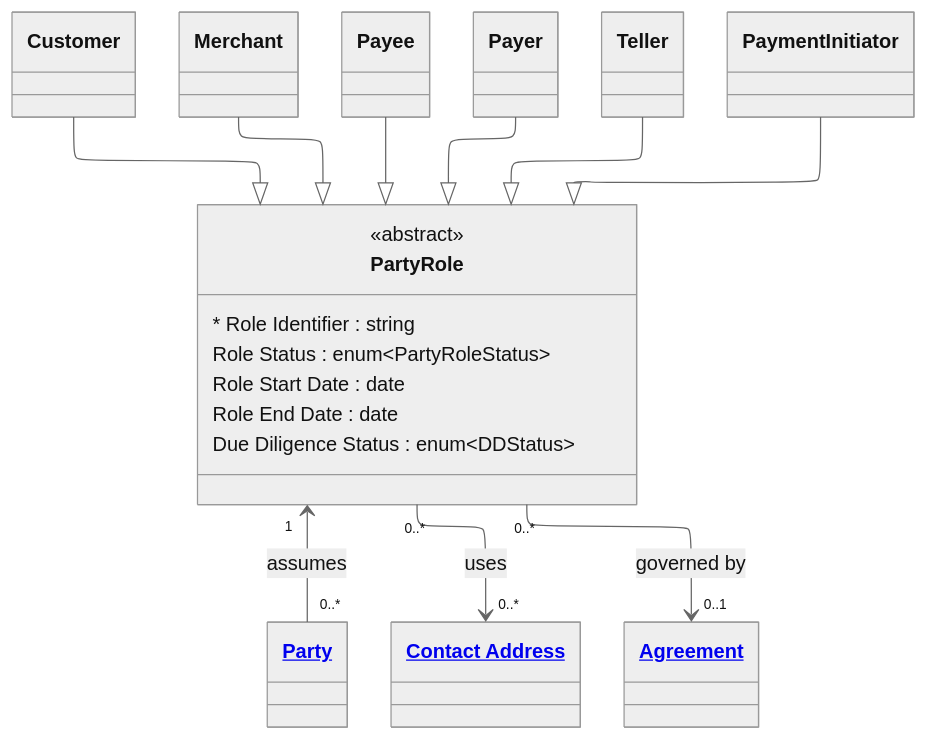
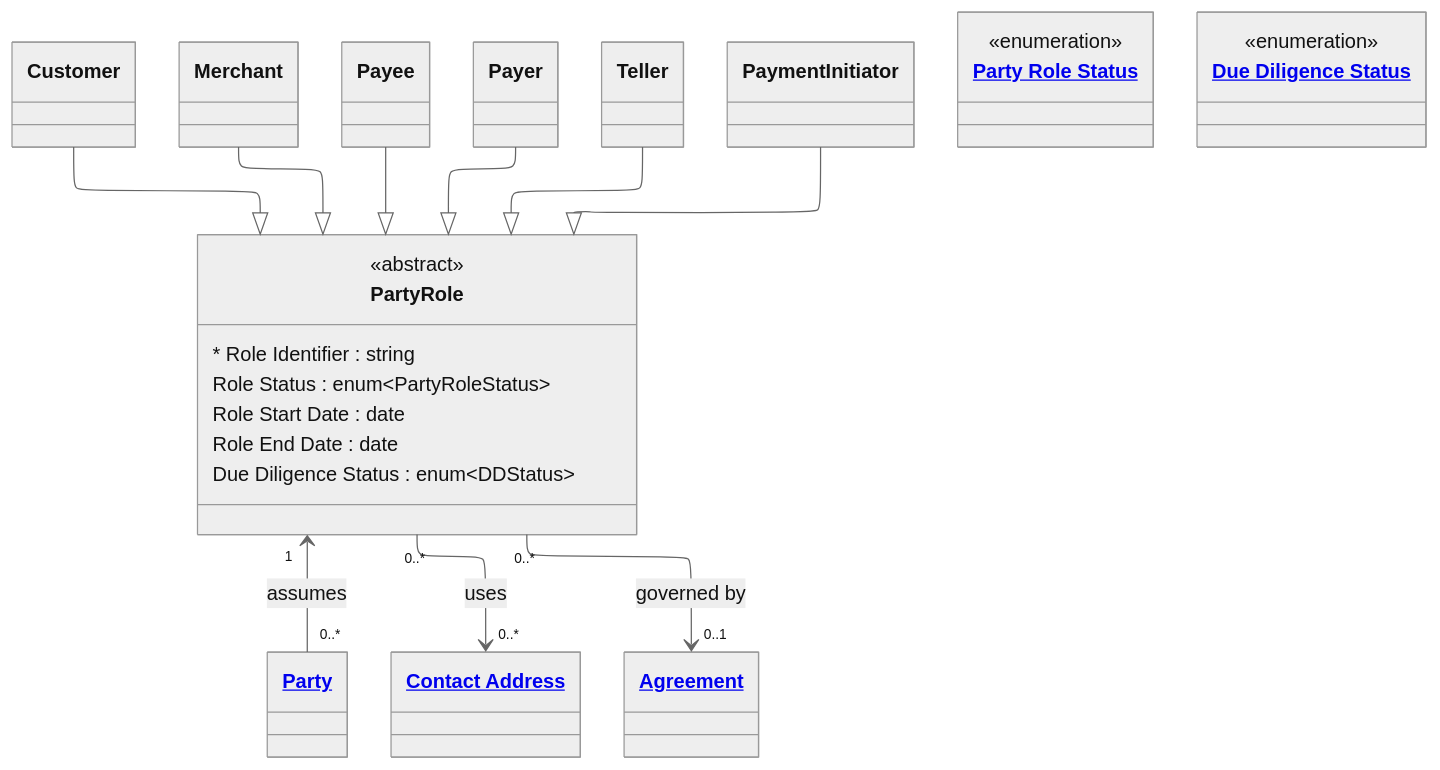
One commit to Semprini/md-ddl changed the diagram in examples/Financial Crime/entities/party_role.md. Above: the diagram before and after it, drawn with Mermaid (neutral theme). The commit also changed other lines of this file and 48 other files, not shown here.

````diff
--- a/examples/Financial Crime/entities/party_role.md
+++ b/examples/Financial Crime/entities/party_role.md
@@ -13,37 +13,40 @@
 ```mermaid
 ---
 config:
   layout: elk
 ---
 classDiagram
   class PartyRole{
     <<abstract>>
     * Role Identifier : string
     Role Status : enum~PartyRoleStatus~
     Role Start Date : date
     Role End Date : date
     Due Diligence Status : enum~DDStatus~
   }
 
   class Customer
   class Merchant
   class Payee
   class Payer
   class Teller
   class PaymentInitiator
 
   Customer --|> PartyRole
   Merchant --|> PartyRole
   Payee --|> PartyRole
   Payer --|> PartyRole
   Teller --|> PartyRole
   PaymentInitiator --|> PartyRole
 
   PartyRole "1" <-- "0..*" Party : assumes
   PartyRole "0..*" --> "0..*" ContactAddress : uses
   PartyRole "0..*" --> "0..1" Agreement : governed by
 
+  class PartyRoleStatus["<a href='../enums.md#party-role-status'>Party Role Status</a>"]{<<enumeration>>}
+  class DDStatus["<a href='../enums.md#due-diligence-status'>Due Diligence Status</a>"]{<<enumeration>>}
+
   class Party["<a href='party.md'>Party</a>"]
   class ContactAddress["<a href='contact_address.md'>Contact Address</a>"]
   class Agreement["<a href='agreement.md'>Agreement</a>"]
 ```
````
